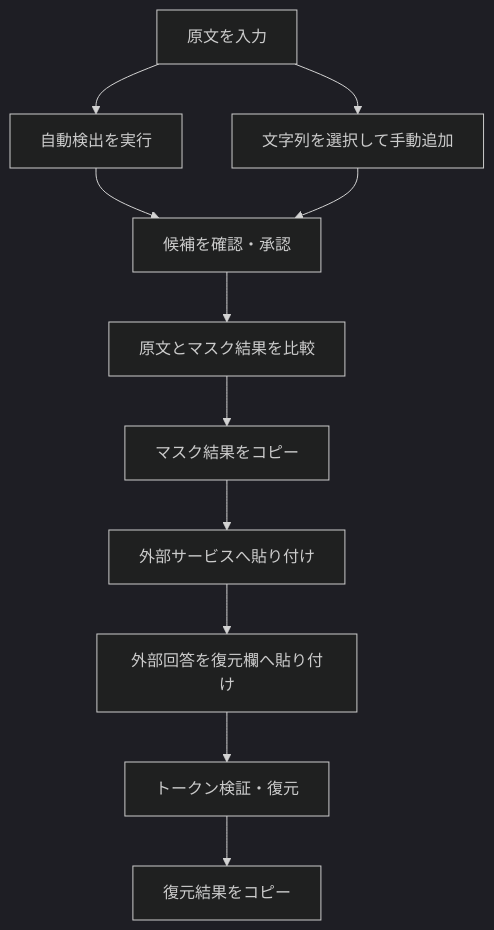
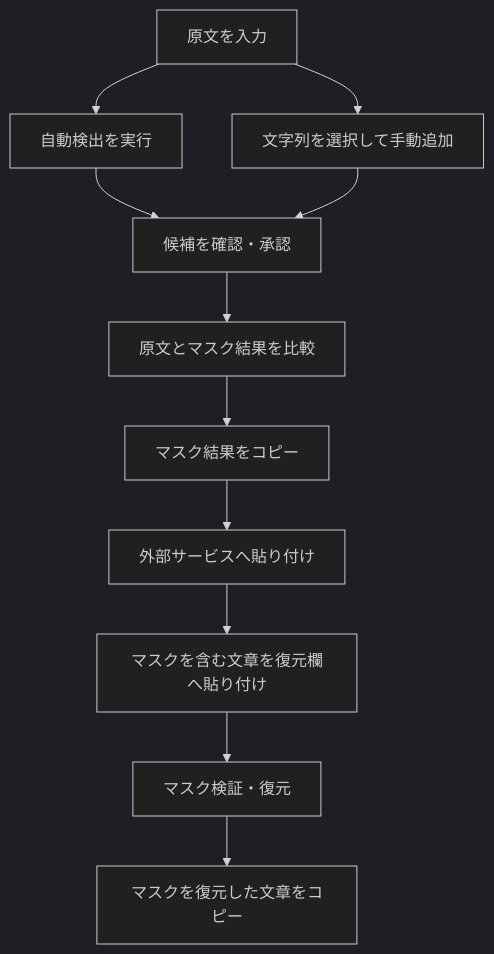
Before and after one commit to Bamboosato/local-pii-masker: the first of 2 diagrams in docs/ui-design.md, drawn with Mermaid (dark theme). The commit also changed other lines of this file and 19 other files, not shown here.

````diff
--- a/docs/ui-design.md
+++ b/docs/ui-design.md
@@ -60,13 +60,13 @@
 ```mermaid
 flowchart TD
     A[原文を入力] --> B[自動検出を実行]
     A --> C[文字列を選択して手動追加]
     B --> D[候補を確認・承認]
     C --> D
     D --> E[原文とマスク結果を比較]
     E --> F[マスク結果をコピー]
     F --> G[外部サービスへ貼り付け]
-    G --> H[外部回答を復元欄へ貼り付け]
-    H --> I[トークン検証・復元]
-    I --> J[復元結果をコピー]
+    G --> H[マスクを含む文章を復元欄へ貼り付け]
+    H --> I[マスク検証・復元]
+    I --> J[マスクを復元した文章をコピー]
 ```
````
